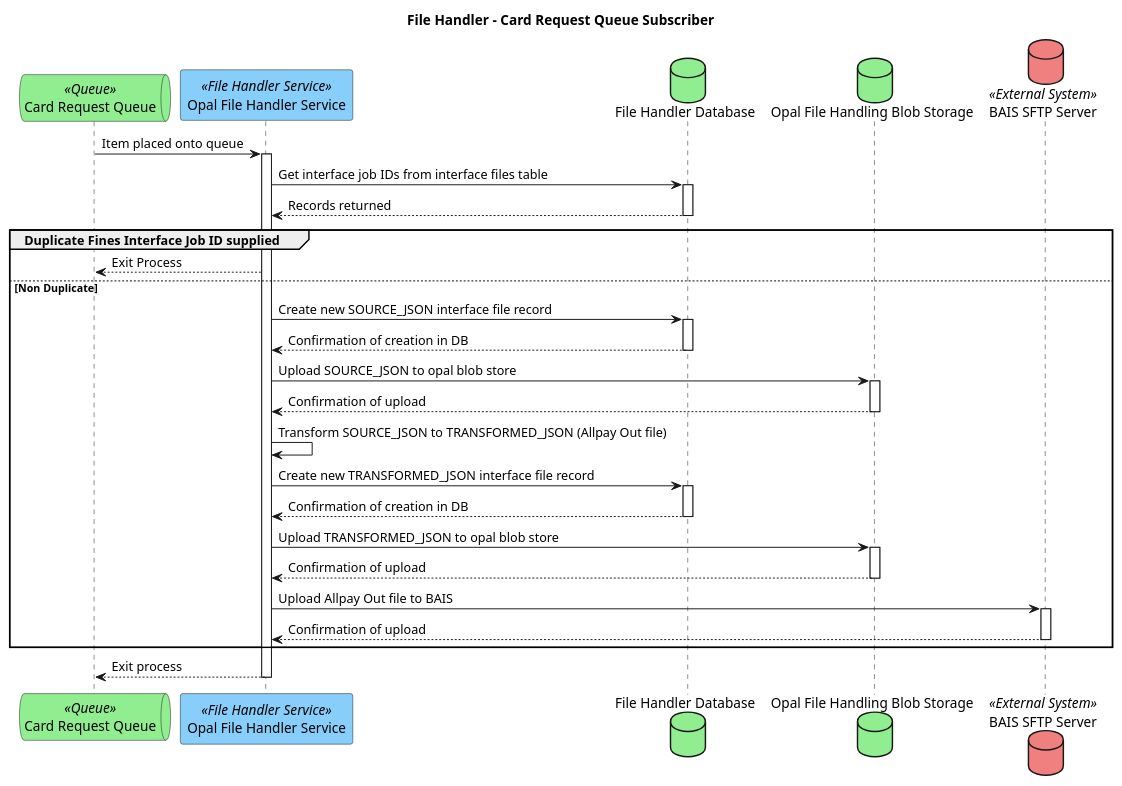
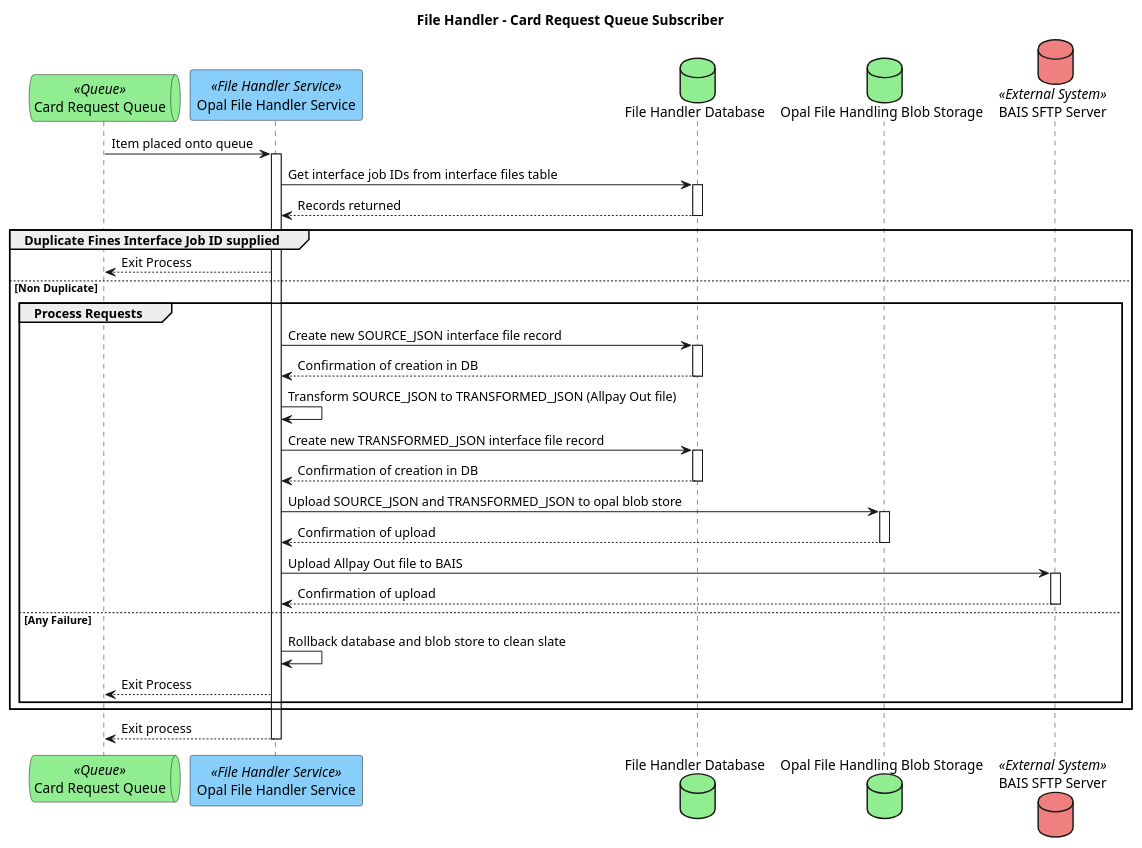
Before and after one commit to hmcts/opal-docs: the diagram in plantUML/external-interfaces/ei7-file-handler-queue-subscriber.puml, drawn with PlantUML.

Commit message:
Factoring in EI7 conversation with Ben E around failure scenarios

```diff
--- a/plantUML/external-interfaces/ei7-file-handler-queue-subscriber.puml
+++ b/plantUML/external-interfaces/ei7-file-handler-queue-subscriber.puml
@@ -1,28 +1,31 @@
 @startuml
 title "File Handler - Card Request Queue Subscriber"
 queue "Card Request Queue" as cardRequestQueue <<Queue>> #lightgreen
 participant "Opal File Handler Service" as fileHandlerService <<File Handler Service>> #LightSkyBlue
 database "File Handler Database" as fileHandlerDb #LightGreen
 database "Opal File Handling Blob Storage" as fileHandlingBlobStorage #LightGreen
 database "BAIS SFTP Server" as baisSftpServer <<External System>> #LightCoral
 
 cardRequestQueue -> fileHandlerService ++ : Item placed onto queue
 fileHandlerService -> fileHandlerDb ++ : Get interface job IDs from interface files table
 fileHandlerDb --> fileHandlerService -- : Records returned
 group Duplicate Fines Interface Job ID supplied
     fileHandlerService --> cardRequestQueue : Exit Process
 else Non Duplicate
-    fileHandlerService -> fileHandlerDb ++ : Create new SOURCE_JSON interface file record
-    fileHandlerDb --> fileHandlerService -- : Confirmation of creation in DB
-    fileHandlerService -> fileHandlingBlobStorage ++ : Upload SOURCE_JSON to opal blob store
-    fileHandlingBlobStorage --> fileHandlerService -- : Confirmation of upload
-    fileHandlerService -> fileHandlerService : Transform SOURCE_JSON to TRANSFORMED_JSON (Allpay Out file)
-    fileHandlerService -> fileHandlerDb ++ : Create new TRANSFORMED_JSON interface file record
-    fileHandlerDb --> fileHandlerService -- : Confirmation of creation in DB
-    fileHandlerService -> fileHandlingBlobStorage ++ : Upload TRANSFORMED_JSON to opal blob store
-    fileHandlingBlobStorage --> fileHandlerService -- : Confirmation of upload
-    fileHandlerService -> baisSftpServer ++ : Upload Allpay Out file to BAIS
-    baisSftpServer --> fileHandlerService -- : Confirmation of upload
+    group Process Requests
+        fileHandlerService -> fileHandlerDb ++ : Create new SOURCE_JSON interface file record
+        fileHandlerDb --> fileHandlerService -- : Confirmation of creation in DB
+        fileHandlerService -> fileHandlerService : Transform SOURCE_JSON to TRANSFORMED_JSON (Allpay Out file)
+        fileHandlerService -> fileHandlerDb ++ : Create new TRANSFORMED_JSON interface file record
+        fileHandlerDb --> fileHandlerService -- : Confirmation of creation in DB
+        fileHandlerService -> fileHandlingBlobStorage ++ : Upload SOURCE_JSON and TRANSFORMED_JSON to opal blob store
+        fileHandlingBlobStorage --> fileHandlerService -- : Confirmation of upload
+        fileHandlerService -> baisSftpServer ++ : Upload Allpay Out file to BAIS
+        baisSftpServer --> fileHandlerService -- : Confirmation of upload
+    else Any Failure
+        fileHandlerService -> fileHandlerService : Rollback database and blob store to clean slate
+        fileHandlerService --> cardRequestQueue : Exit Process
+    end
 end
 fileHandlerService --> cardRequestQueue -- : Exit process
 @enduml
```
